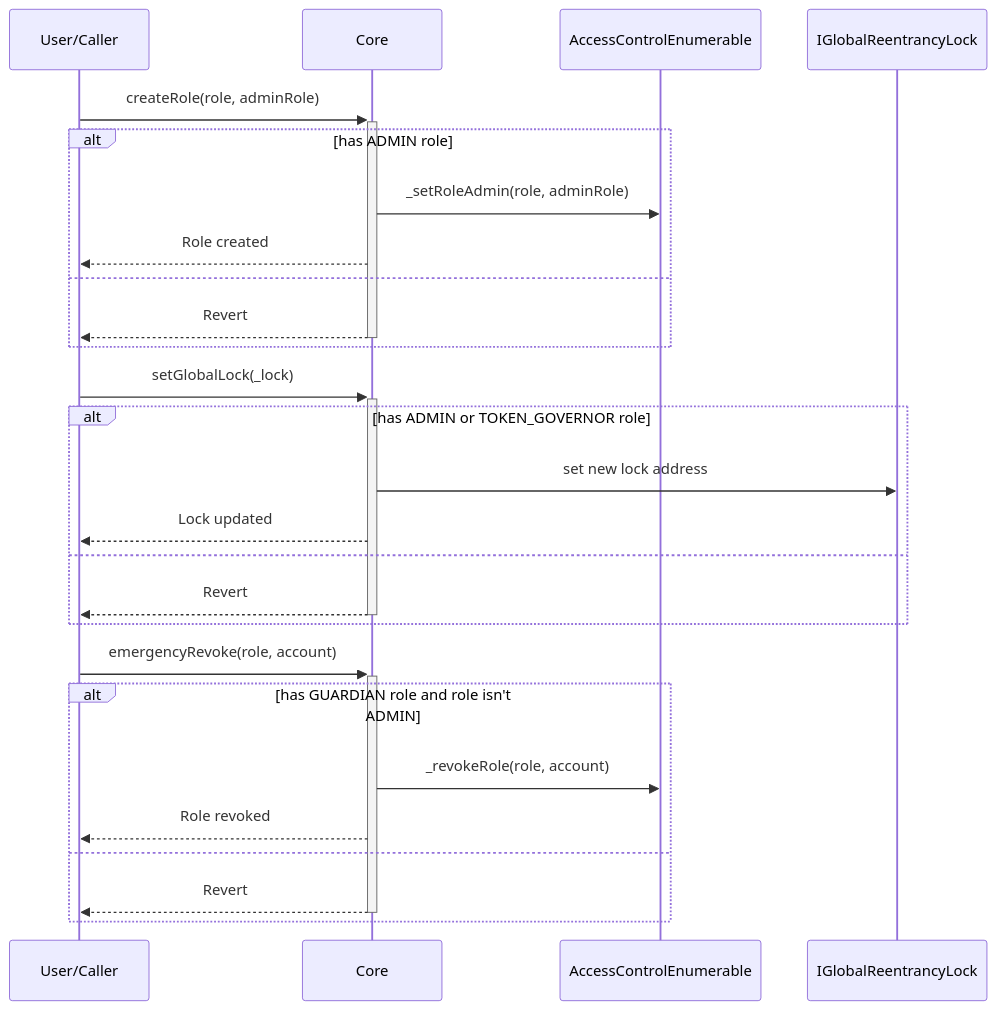
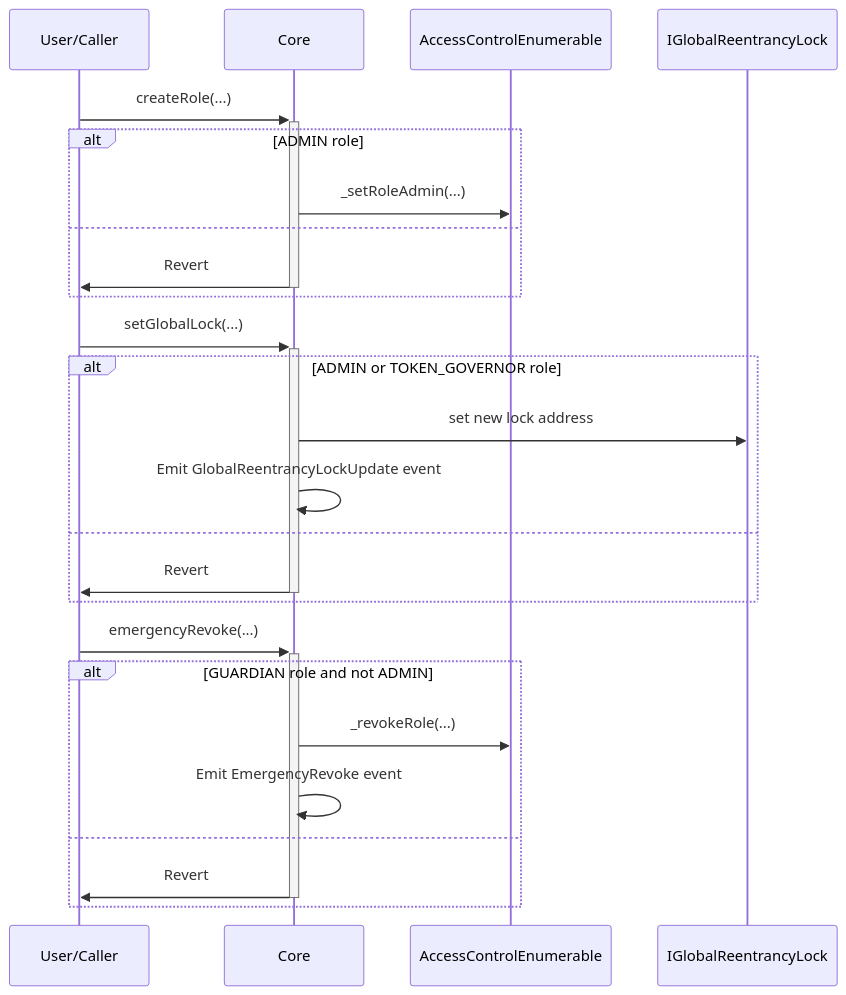
The second of 2 diagrams in doc/contracts/core/Core.md (ZTX-Foundation/tuxedo), drawn with Mermaid before and after one commit. The commit also changed 17 other files, not shown here.

````diff
--- a/doc/contracts/core/Core.md
+++ b/doc/contracts/core/Core.md
@@ -18,31 +18,30 @@
 ```mermaid
 sequenceDiagram
     participant User as User/Caller
     participant Core
     participant AccessControlEnumerable
     participant IGlobalReentrancyLock
 
-    User->>+Core: createRole(role, adminRole)
-    alt has ADMIN role
-        Core->>AccessControlEnumerable: _setRoleAdmin(role, adminRole)
-        Core-->>User: Role created
+    User->>+Core: createRole(...)
+    alt ADMIN role
+        Core->>AccessControlEnumerable: _setRoleAdmin(...)
     else
-        Core-->>-User: Revert
+        Core->>-User: Revert
     end
     
-    User->>+Core: setGlobalLock(_lock)
-    alt has ADMIN or TOKEN_GOVERNOR role
+    User->>+Core: setGlobalLock(...)
+    alt ADMIN or TOKEN_GOVERNOR role
         Core->>IGlobalReentrancyLock: set new lock address
-        Core-->>User: Lock updated
+        Core->>Core: Emit GlobalReentrancyLockUpdate event
     else
-        Core-->>-User: Revert
+        Core->>-User: Revert
     end
     
-    User->>+Core: emergencyRevoke(role, account)
-    alt has GUARDIAN role and role isn't ADMIN
-        Core->>AccessControlEnumerable: _revokeRole(role, account)
-        Core-->>User: Role revoked
+    User->>+Core: emergencyRevoke(...)
+    alt GUARDIAN role and not ADMIN
+        Core->>AccessControlEnumerable: _revokeRole(...)
+        Core->>Core: Emit EmergencyRevoke event
     else
-        Core-->>-User: Revert
+        Core->>-User: Revert
     end
 ```
````
